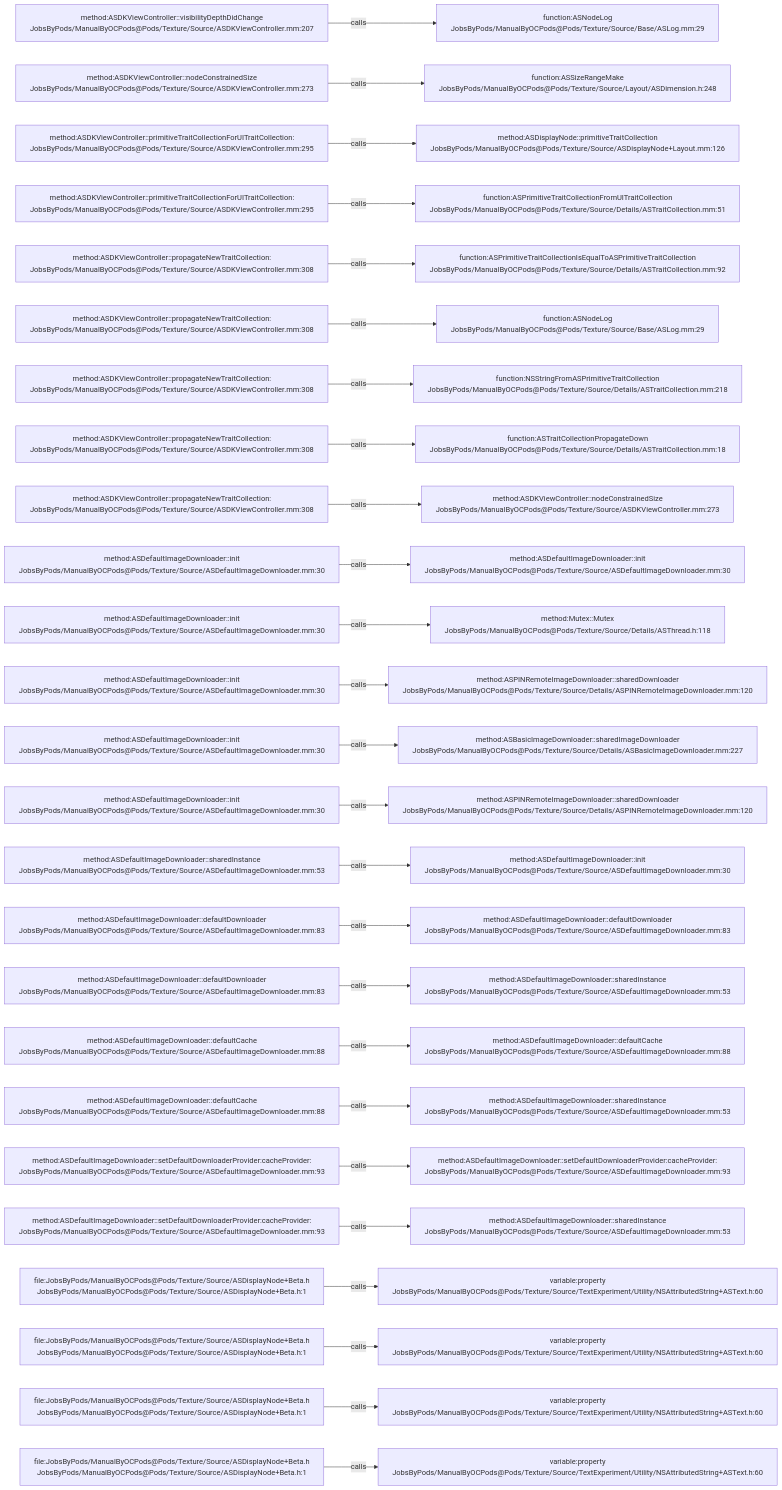
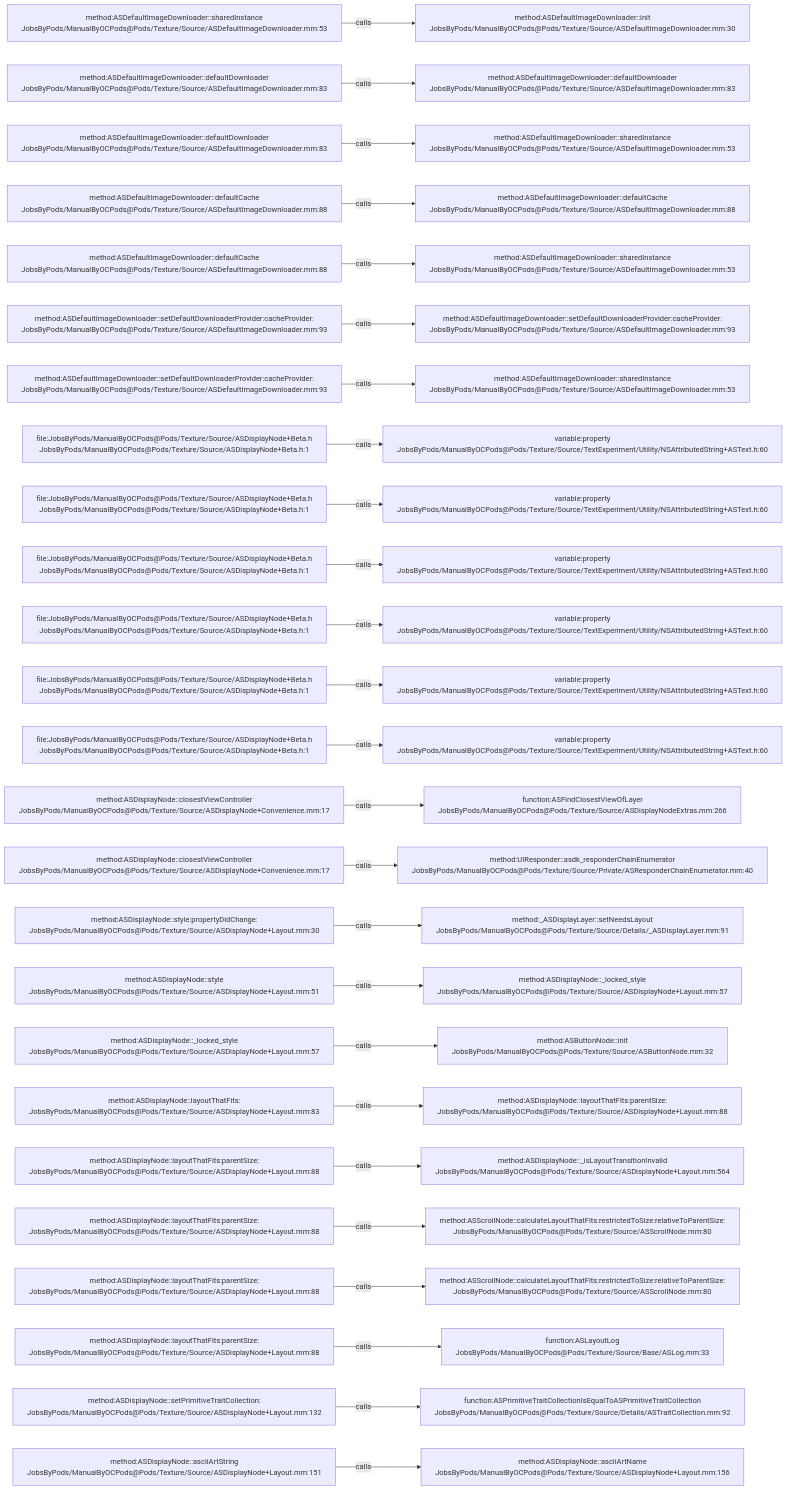
Before and after one commit to JobsKits/JobsOCBaseConfigDemo: the diagram in .codegraph/codegraph.md/graphs/calls-091.md, drawn with Mermaid. The commit also changed 296 other files, not shown here.

````diff
--- a/.codegraph/codegraph.md/graphs/calls-091.md
+++ b/.codegraph/codegraph.md/graphs/calls-091.md
@@ -13,78 +13,78 @@
 ```mermaid
 flowchart LR
-  S1["method:ASDKViewController::visibilityDepthDidChange<br/>JobsByPods/ManualByOCPods@Pods/Texture/Source/ASDKViewController.mm:207"]
-  T1["function:ASNodeLog<br/>JobsByPods/ManualByOCPods@Pods/Texture/Source/Base/ASLog.mm:29"]
+  S1["method:ASDefaultImageDownloader::sharedInstance<br/>JobsByPods/ManualByOCPods@Pods/Texture/Source/ASDefaultImageDownloader.mm:53"]
+  T1["method:ASDefaultImageDownloader::init<br/>JobsByPods/ManualByOCPods@Pods/Texture/Source/ASDefaultImageDownloader.mm:30"]
   S1 -->|calls| T1
-  S2["method:ASDKViewController::nodeConstrainedSize<br/>JobsByPods/ManualByOCPods@Pods/Texture/Source/ASDKViewController.mm:273"]
-  T2["function:ASSizeRangeMake<br/>JobsByPods/ManualByOCPods@Pods/Texture/Source/Layout/ASDimension.h:248"]
+  S2["method:ASDefaultImageDownloader::defaultDownloader<br/>JobsByPods/ManualByOCPods@Pods/Texture/Source/ASDefaultImageDownloader.mm:83"]
+  T2["method:ASDefaultImageDownloader::defaultDownloader<br/>JobsByPods/ManualByOCPods@Pods/Texture/Source/ASDefaultImageDownloader.mm:83"]
   S2 -->|calls| T2
-  S3["method:ASDKViewController::primitiveTraitCollectionForUITraitCollection:<br/>JobsByPods/ManualByOCPods@Pods/Texture/Source/ASDKViewController.mm:295"]
-  T3["method:ASDisplayNode::primitiveTraitCollection<br/>JobsByPods/ManualByOCPods@Pods/Texture/Source/ASDisplayNode+Layout.mm:126"]
+  S3["method:ASDefaultImageDownloader::defaultDownloader<br/>JobsByPods/ManualByOCPods@Pods/Texture/Source/ASDefaultImageDownloader.mm:83"]
+  T3["method:ASDefaultImageDownloader::sharedInstance<br/>JobsByPods/ManualByOCPods@Pods/Texture/Source/ASDefaultImageDownloader.mm:53"]
   S3 -->|calls| T3
-  S4["method:ASDKViewController::primitiveTraitCollectionForUITraitCollection:<br/>JobsByPods/ManualByOCPods@Pods/Texture/Source/ASDKViewController.mm:295"]
-  T4["function:ASPrimitiveTraitCollectionFromUITraitCollection<br/>JobsByPods/ManualByOCPods@Pods/Texture/Source/Details/ASTraitCollection.mm:51"]
+  S4["method:ASDefaultImageDownloader::defaultCache<br/>JobsByPods/ManualByOCPods@Pods/Texture/Source/ASDefaultImageDownloader.mm:88"]
+  T4["method:ASDefaultImageDownloader::defaultCache<br/>JobsByPods/ManualByOCPods@Pods/Texture/Source/ASDefaultImageDownloader.mm:88"]
   S4 -->|calls| T4
-  S5["method:ASDKViewController::propagateNewTraitCollection:<br/>JobsByPods/ManualByOCPods@Pods/Texture/Source/ASDKViewController.mm:308"]
-  T5["function:ASPrimitiveTraitCollectionIsEqualToASPrimitiveTraitCollection<br/>JobsByPods/ManualByOCPods@Pods/Texture/Source/Details/ASTraitCollection.mm:92"]
+  S5["method:ASDefaultImageDownloader::defaultCache<br/>JobsByPods/ManualByOCPods@Pods/Texture/Source/ASDefaultImageDownloader.mm:88"]
+  T5["method:ASDefaultImageDownloader::sharedInstance<br/>JobsByPods/ManualByOCPods@Pods/Texture/Source/ASDefaultImageDownloader.mm:53"]
   S5 -->|calls| T5
-  S6["method:ASDKViewController::propagateNewTraitCollection:<br/>JobsByPods/ManualByOCPods@Pods/Texture/Source/ASDKViewController.mm:308"]
-  T6["function:ASNodeLog<br/>JobsByPods/ManualByOCPods@Pods/Texture/Source/Base/ASLog.mm:29"]
+  S6["method:ASDefaultImageDownloader::setDefaultDownloaderProvider:cacheProvider:<br/>JobsByPods/ManualByOCPods@Pods/Texture/Source/ASDefaultImageDownloader.mm:93"]
+  T6["method:ASDefaultImageDownloader::setDefaultDownloaderProvider:cacheProvider:<br/>JobsByPods/ManualByOCPods@Pods/Texture/Source/ASDefaultImageDownloader.mm:93"]
   S6 -->|calls| T6
-  S7["method:ASDKViewController::propagateNewTraitCollection:<br/>JobsByPods/ManualByOCPods@Pods/Texture/Source/ASDKViewController.mm:308"]
-  T7["function:NSStringFromASPrimitiveTraitCollection<br/>JobsByPods/ManualByOCPods@Pods/Texture/Source/Details/ASTraitCollection.mm:218"]
+  S7["method:ASDefaultImageDownloader::setDefaultDownloaderProvider:cacheProvider:<br/>JobsByPods/ManualByOCPods@Pods/Texture/Source/ASDefaultImageDownloader.mm:93"]
+  T7["method:ASDefaultImageDownloader::sharedInstance<br/>JobsByPods/ManualByOCPods@Pods/Texture/Source/ASDefaultImageDownloader.mm:53"]
   S7 -->|calls| T7
-  S8["method:ASDKViewController::propagateNewTraitCollection:<br/>JobsByPods/ManualByOCPods@Pods/Texture/Source/ASDKViewController.mm:308"]
-  T8["function:ASTraitCollectionPropagateDown<br/>JobsByPods/ManualByOCPods@Pods/Texture/Source/Details/ASTraitCollection.mm:18"]
+  S8["file:JobsByPods/ManualByOCPods@Pods/Texture/Source/ASDisplayNode+Beta.h<br/>JobsByPods/ManualByOCPods@Pods/Texture/Source/ASDisplayNode+Beta.h:1"]
+  T8["variable:property<br/>JobsByPods/ManualByOCPods@Pods/Texture/Source/TextExperiment/Utility/NSAttributedString+ASText.h:60"]
   S8 -->|calls| T8
-  S9["method:ASDKViewController::propagateNewTraitCollection:<br/>JobsByPods/ManualByOCPods@Pods/Texture/Source/ASDKViewController.mm:308"]
-  T9["method:ASDKViewController::nodeConstrainedSize<br/>JobsByPods/ManualByOCPods@Pods/Texture/Source/ASDKViewController.mm:273"]
+  S9["file:JobsByPods/ManualByOCPods@Pods/Texture/Source/ASDisplayNode+Beta.h<br/>JobsByPods/ManualByOCPods@Pods/Texture/Source/ASDisplayNode+Beta.h:1"]
+  T9["variable:property<br/>JobsByPods/ManualByOCPods@Pods/Texture/Source/TextExperiment/Utility/NSAttributedString+ASText.h:60"]
   S9 -->|calls| T9
-  S10["method:ASDefaultImageDownloader::init<br/>JobsByPods/ManualByOCPods@Pods/Texture/Source/ASDefaultImageDownloader.mm:30"]
-  T10["method:ASDefaultImageDownloader::init<br/>JobsByPods/ManualByOCPods@Pods/Texture/Source/ASDefaultImageDownloader.mm:30"]
+  S10["file:JobsByPods/ManualByOCPods@Pods/Texture/Source/ASDisplayNode+Beta.h<br/>JobsByPods/ManualByOCPods@Pods/Texture/Source/ASDisplayNode+Beta.h:1"]
+  T10["variable:property<br/>JobsByPods/ManualByOCPods@Pods/Texture/Source/TextExperiment/Utility/NSAttributedString+ASText.h:60"]
   S10 -->|calls| T10
-  S11["method:ASDefaultImageDownloader::init<br/>JobsByPods/ManualByOCPods@Pods/Texture/Source/ASDefaultImageDownloader.mm:30"]
-  T11["method:Mutex::Mutex<br/>JobsByPods/ManualByOCPods@Pods/Texture/Source/Details/ASThread.h:118"]
+  S11["file:JobsByPods/ManualByOCPods@Pods/Texture/Source/ASDisplayNode+Beta.h<br/>JobsByPods/ManualByOCPods@Pods/Texture/Source/ASDisplayNode+Beta.h:1"]
+  T11["variable:property<br/>JobsByPods/ManualByOCPods@Pods/Texture/Source/TextExperiment/Utility/NSAttributedString+ASText.h:60"]
   S11 -->|calls| T11
-  S12["method:ASDefaultImageDownloader::init<br/>JobsByPods/ManualByOCPods@Pods/Texture/Source/ASDefaultImageDownloader.mm:30"]
-  T12["method:ASPINRemoteImageDownloader::sharedDownloader<br/>JobsByPods/ManualByOCPods@Pods/Texture/Source/Details/ASPINRemoteImageDownloader.mm:120"]
+  S12["file:JobsByPods/ManualByOCPods@Pods/Texture/Source/ASDisplayNode+Beta.h<br/>JobsByPods/ManualByOCPods@Pods/Texture/Source/ASDisplayNode+Beta.h:1"]
+  T12["variable:property<br/>JobsByPods/ManualByOCPods@Pods/Texture/Source/TextExperiment/Utility/NSAttributedString+ASText.h:60"]
   S12 -->|calls| T12
-  S13["method:ASDefaultImageDownloader::init<br/>JobsByPods/ManualByOCPods@Pods/Texture/Source/ASDefaultImageDownloader.mm:30"]
-  T13["method:ASBasicImageDownloader::sharedImageDownloader<br/>JobsByPods/ManualByOCPods@Pods/Texture/Source/Details/ASBasicImageDownloader.mm:227"]
+  S13["file:JobsByPods/ManualByOCPods@Pods/Texture/Source/ASDisplayNode+Beta.h<br/>JobsByPods/ManualByOCPods@Pods/Texture/Source/ASDisplayNode+Beta.h:1"]
+  T13["variable:property<br/>JobsByPods/ManualByOCPods@Pods/Texture/Source/TextExperiment/Utility/NSAttributedString+ASText.h:60"]
   S13 -->|calls| T13
-  S14["method:ASDefaultImageDownloader::init<br/>JobsByPods/ManualByOCPods@Pods/Texture/Source/ASDefaultImageDownloader.mm:30"]
-  T14["method:ASPINRemoteImageDownloader::sharedDownloader<br/>JobsByPods/ManualByOCPods@Pods/Texture/Source/Details/ASPINRemoteImageDownloader.mm:120"]
+  S14["method:ASDisplayNode::closestViewController<br/>JobsByPods/ManualByOCPods@Pods/Texture/Source/ASDisplayNode+Convenience.mm:17"]
+  T14["function:ASFindClosestViewOfLayer<br/>JobsByPods/ManualByOCPods@Pods/Texture/Source/ASDisplayNodeExtras.mm:266"]
   S14 -->|calls| T14
-  S15["method:ASDefaultImageDownloader::sharedInstance<br/>JobsByPods/ManualByOCPods@Pods/Texture/Source/ASDefaultImageDownloader.mm:53"]
-  T15["method:ASDefaultImageDownloader::init<br/>JobsByPods/ManualByOCPods@Pods/Texture/Source/ASDefaultImageDownloader.mm:30"]
+  S15["method:ASDisplayNode::closestViewController<br/>JobsByPods/ManualByOCPods@Pods/Texture/Source/ASDisplayNode+Convenience.mm:17"]
+  T15["method:UIResponder::asdk_responderChainEnumerator<br/>JobsByPods/ManualByOCPods@Pods/Texture/Source/Private/ASResponderChainEnumerator.mm:40"]
   S15 -->|calls| T15
-  S16["method:ASDefaultImageDownloader::defaultDownloader<br/>JobsByPods/ManualByOCPods@Pods/Texture/Source/ASDefaultImageDownloader.mm:83"]
-  T16["method:ASDefaultImageDownloader::defaultDownloader<br/>JobsByPods/ManualByOCPods@Pods/Texture/Source/ASDefaultImageDownloader.mm:83"]
+  S16["method:ASDisplayNode::style:propertyDidChange:<br/>JobsByPods/ManualByOCPods@Pods/Texture/Source/ASDisplayNode+Layout.mm:30"]
+  T16["method:_ASDisplayLayer::setNeedsLayout<br/>JobsByPods/ManualByOCPods@Pods/Texture/Source/Details/_ASDisplayLayer.mm:91"]
   S16 -->|calls| T16
-  S17["method:ASDefaultImageDownloader::defaultDownloader<br/>JobsByPods/ManualByOCPods@Pods/Texture/Source/ASDefaultImageDownloader.mm:83"]
-  T17["method:ASDefaultImageDownloader::sharedInstance<br/>JobsByPods/ManualByOCPods@Pods/Texture/Source/ASDefaultImageDownloader.mm:53"]
+  S17["method:ASDisplayNode::style<br/>JobsByPods/ManualByOCPods@Pods/Texture/Source/ASDisplayNode+Layout.mm:51"]
+  T17["method:ASDisplayNode::_locked_style<br/>JobsByPods/ManualByOCPods@Pods/Texture/Source/ASDisplayNode+Layout.mm:57"]
   S17 -->|calls| T17
-  S18["method:ASDefaultImageDownloader::defaultCache<br/>JobsByPods/ManualByOCPods@Pods/Texture/Source/ASDefaultImageDownloader.mm:88"]
-  T18["method:ASDefaultImageDownloader::defaultCache<br/>JobsByPods/ManualByOCPods@Pods/Texture/Source/ASDefaultImageDownloader.mm:88"]
+  S18["method:ASDisplayNode::_locked_style<br/>JobsByPods/ManualByOCPods@Pods/Texture/Source/ASDisplayNode+Layout.mm:57"]
+  T18["method:ASButtonNode::init<br/>JobsByPods/ManualByOCPods@Pods/Texture/Source/ASButtonNode.mm:32"]
   S18 -->|calls| T18
-  S19["method:ASDefaultImageDownloader::defaultCache<br/>JobsByPods/ManualByOCPods@Pods/Texture/Source/ASDefaultImageDownloader.mm:88"]
-  T19["method:ASDefaultImageDownloader::sharedInstance<br/>JobsByPods/ManualByOCPods@Pods/Texture/Source/ASDefaultImageDownloader.mm:53"]
+  S19["method:ASDisplayNode::layoutThatFits:<br/>JobsByPods/ManualByOCPods@Pods/Texture/Source/ASDisplayNode+Layout.mm:83"]
+  T19["method:ASDisplayNode::layoutThatFits:parentSize:<br/>JobsByPods/ManualByOCPods@Pods/Texture/Source/ASDisplayNode+Layout.mm:88"]
   S19 -->|calls| T19
-  S20["method:ASDefaultImageDownloader::setDefaultDownloaderProvider:cacheProvider:<br/>JobsByPods/ManualByOCPods@Pods/Texture/Source/ASDefaultImageDownloader.mm:93"]
-  T20["method:ASDefaultImageDownloader::setDefaultDownloaderProvider:cacheProvider:<br/>JobsByPods/ManualByOCPods@Pods/Texture/Source/ASDefaultImageDownloader.mm:93"]
+  S20["method:ASDisplayNode::layoutThatFits:parentSize:<br/>JobsByPods/ManualByOCPods@Pods/Texture/Source/ASDisplayNode+Layout.mm:88"]
+  T20["method:ASDisplayNode::_isLayoutTransitionInvalid<br/>JobsByPods/ManualByOCPods@Pods/Texture/Source/ASDisplayNode+Layout.mm:564"]
   S20 -->|calls| T20
-  S21["method:ASDefaultImageDownloader::setDefaultDownloaderProvider:cacheProvider:<br/>JobsByPods/ManualByOCPods@Pods/Texture/Source/ASDefaultImageDownloader.mm:93"]
-  T21["method:ASDefaultImageDownloader::sharedInstance<br/>JobsByPods/ManualByOCPods@Pods/Texture/Source/ASDefaultImageDownloader.mm:53"]
+  S21["method:ASDisplayNode::layoutThatFits:parentSize:<br/>JobsByPods/ManualByOCPods@Pods/Texture/Source/ASDisplayNode+Layout.mm:88"]
+  T21["method:ASScrollNode::calculateLayoutThatFits:restrictedToSize:relativeToParentSize:<br/>JobsByPods/ManualByOCPods@Pods/Texture/Source/ASScrollNode.mm:80"]
   S21 -->|calls| T21
-  S22["file:JobsByPods/ManualByOCPods@Pods/Texture/Source/ASDisplayNode+Beta.h<br/>JobsByPods/ManualByOCPods@Pods/Texture/Source/ASDisplayNode+Beta.h:1"]
-  T22["variable:property<br/>JobsByPods/ManualByOCPods@Pods/Texture/Source/TextExperiment/Utility/NSAttributedString+ASText.h:60"]
+  S22["method:ASDisplayNode::layoutThatFits:parentSize:<br/>JobsByPods/ManualByOCPods@Pods/Texture/Source/ASDisplayNode+Layout.mm:88"]
+  T22["method:ASScrollNode::calculateLayoutThatFits:restrictedToSize:relativeToParentSize:<br/>JobsByPods/ManualByOCPods@Pods/Texture/Source/ASScrollNode.mm:80"]
   S22 -->|calls| T22
-  S23["file:JobsByPods/ManualByOCPods@Pods/Texture/Source/ASDisplayNode+Beta.h<br/>JobsByPods/ManualByOCPods@Pods/Texture/Source/ASDisplayNode+Beta.h:1"]
-  T23["variable:property<br/>JobsByPods/ManualByOCPods@Pods/Texture/Source/TextExperiment/Utility/NSAttributedString+ASText.h:60"]
+  S23["method:ASDisplayNode::layoutThatFits:parentSize:<br/>JobsByPods/ManualByOCPods@Pods/Texture/Source/ASDisplayNode+Layout.mm:88"]
+  T23["function:ASLayoutLog<br/>JobsByPods/ManualByOCPods@Pods/Texture/Source/Base/ASLog.mm:33"]
   S23 -->|calls| T23
-  S24["file:JobsByPods/ManualByOCPods@Pods/Texture/Source/ASDisplayNode+Beta.h<br/>JobsByPods/ManualByOCPods@Pods/Texture/Source/ASDisplayNode+Beta.h:1"]
-  T24["variable:property<br/>JobsByPods/ManualByOCPods@Pods/Texture/Source/TextExperiment/Utility/NSAttributedString+ASText.h:60"]
+  S24["method:ASDisplayNode::setPrimitiveTraitCollection:<br/>JobsByPods/ManualByOCPods@Pods/Texture/Source/ASDisplayNode+Layout.mm:132"]
+  T24["function:ASPrimitiveTraitCollectionIsEqualToASPrimitiveTraitCollection<br/>JobsByPods/ManualByOCPods@Pods/Texture/Source/Details/ASTraitCollection.mm:92"]
   S24 -->|calls| T24
-  S25["file:JobsByPods/ManualByOCPods@Pods/Texture/Source/ASDisplayNode+Beta.h<br/>JobsByPods/ManualByOCPods@Pods/Texture/Source/ASDisplayNode+Beta.h:1"]
-  T25["variable:property<br/>JobsByPods/ManualByOCPods@Pods/Texture/Source/TextExperiment/Utility/NSAttributedString+ASText.h:60"]
+  S25["method:ASDisplayNode::asciiArtString<br/>JobsByPods/ManualByOCPods@Pods/Texture/Source/ASDisplayNode+Layout.mm:151"]
+  T25["method:ASDisplayNode::asciiArtName<br/>JobsByPods/ManualByOCPods@Pods/Texture/Source/ASDisplayNode+Layout.mm:156"]
   S25 -->|calls| T25
 ```
````
